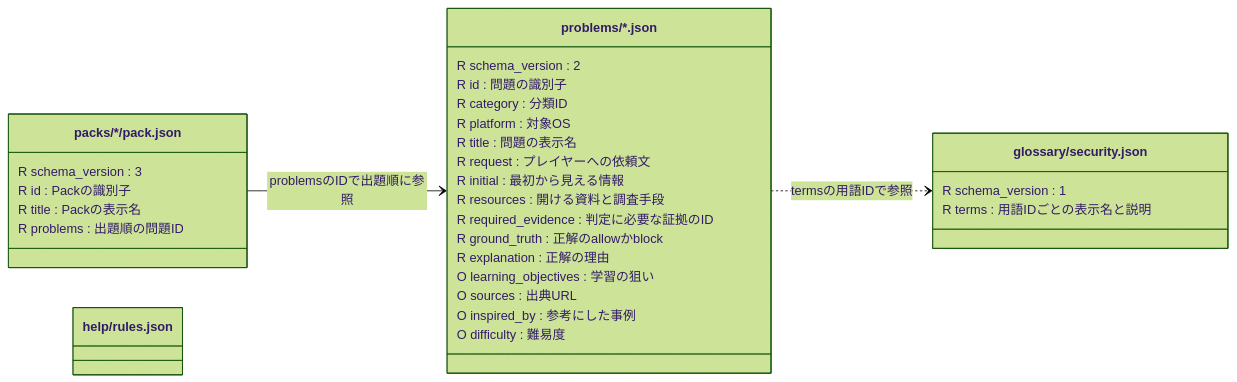
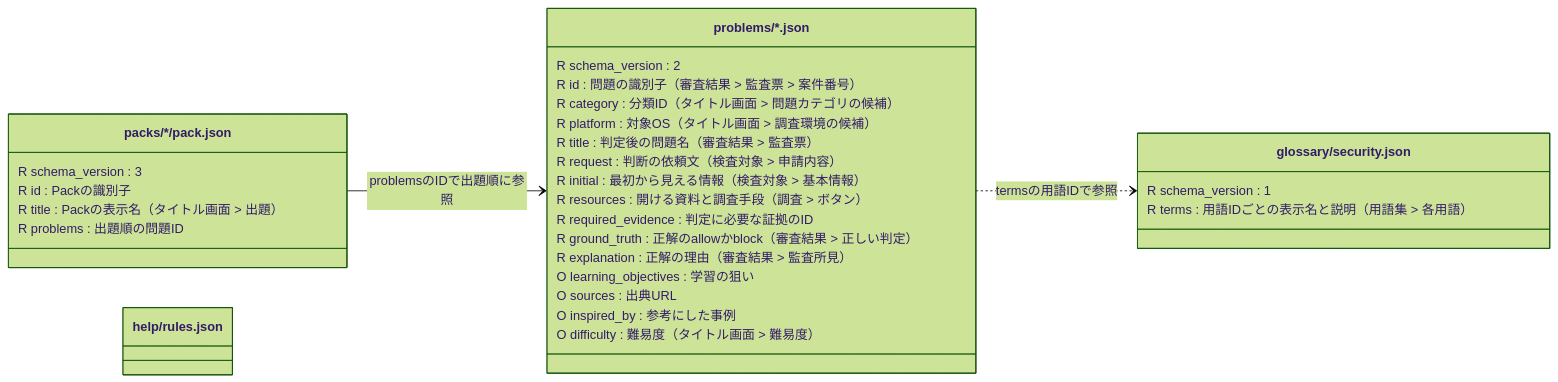
One commit to toratako/tousenborder changed the diagram in data/README.md. Above: the diagram before and after it, drawn with Mermaid (forest theme). The commit also changed other lines of this file, not shown here.

Commit message:
update mermaid

````diff
--- a/data/README.md
+++ b/data/README.md
@@ -5,37 +7,37 @@
 ```mermaid
 classDiagram
   direction LR
   class PackFile["packs/*/pack.json"]
   class PackFile {
     R schema_version : 3
     R id : Packの識別子
-    R title : Packの表示名
+    R title : Packの表示名（タイトル画面 > 出題）
     R problems : 出題順の問題ID
   }
   class ProblemFile["problems/*.json"]
   class ProblemFile {
     R schema_version : 2
-    R id : 問題の識別子
-    R category : 分類ID
-    R platform : 対象OS
-    R title : 問題の表示名
-    R request : プレイヤーへの依頼文
-    R initial : 最初から見える情報
-    R resources : 開ける資料と調査手段
+    R id : 問題の識別子（審査結果 > 監査票 > 案件番号）
+    R category : 分類ID（タイトル画面 > 問題カテゴリの候補）
+    R platform : 対象OS（タイトル画面 > 調査環境の候補）
+    R title : 判定後の問題名（審査結果 > 監査票）
+    R request : 判断の依頼文（検査対象 > 申請内容）
+    R initial : 最初から見える情報（検査対象 > 基本情報）
+    R resources : 開ける資料と調査手段（調査 > ボタン）
     R required_evidence : 判定に必要な証拠のID
-    R ground_truth : 正解のallowかblock
-    R explanation : 正解の理由
+    R ground_truth : 正解のallowかblock（審査結果 > 正しい判定）
+    R explanation : 正解の理由（審査結果 > 監査所見）
     O learning_objectives : 学習の狙い
     O sources : 出典URL
     O inspired_by : 参考にした事例
-    O difficulty : 難易度
+    O difficulty : 難易度（タイトル画面 > 難易度）
   }
   class GlossaryFile["glossary/security.json"]
   class GlossaryFile {
     R schema_version : 1
-    R terms : 用語IDごとの表示名と説明
+    R terms : 用語IDごとの表示名と説明（用語集 > 各用語）
   }
   class HelpRulesFile["help/rules.json"]
   PackFile --> ProblemFile : problemsのIDで出題順に参照
   ProblemFile ..> GlossaryFile : termsの用語IDで参照
 ```
````
